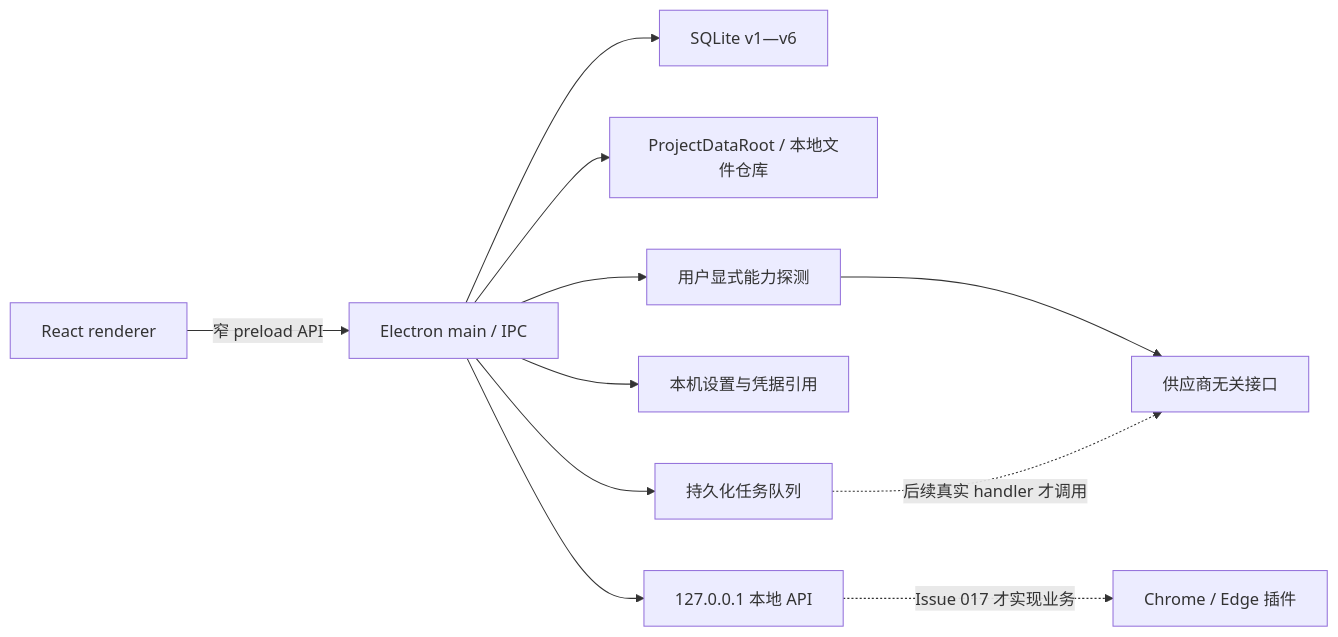
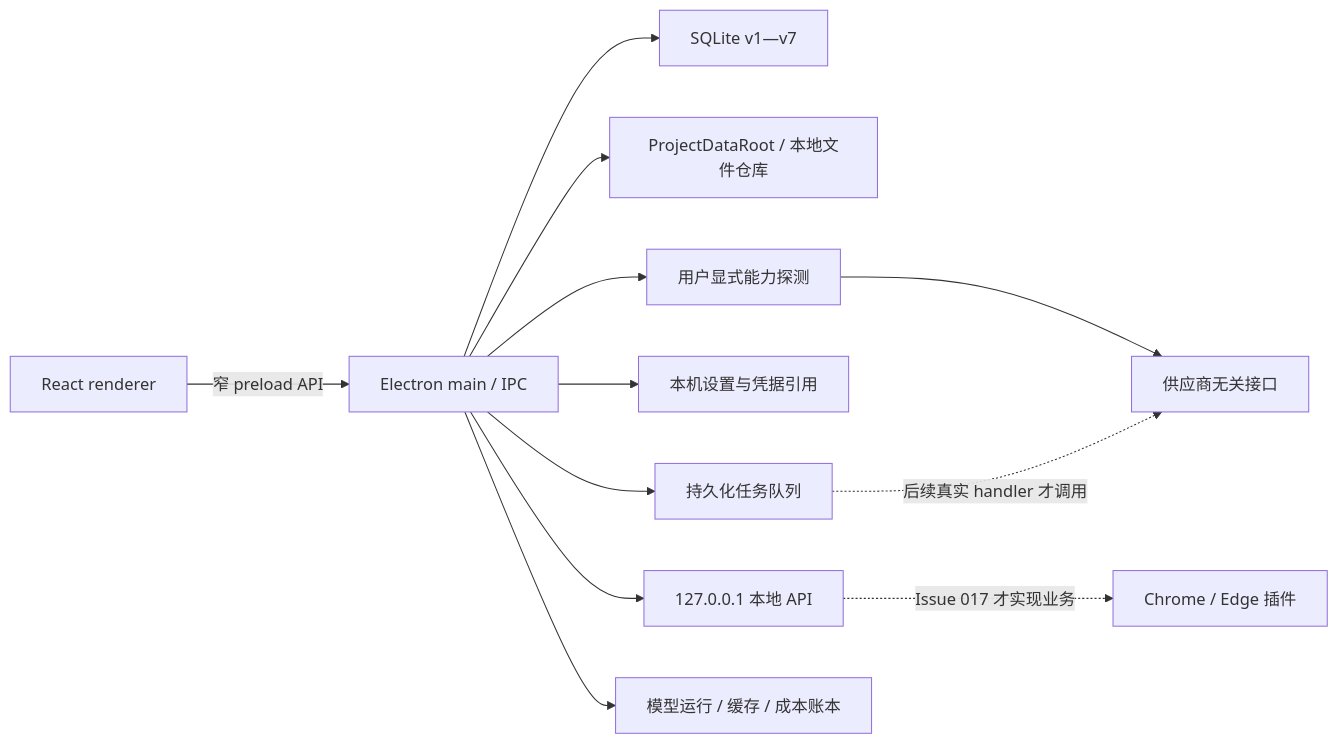
The diagram in README.md (KAtOReNA7/Rednote-Automated-Operation-Tool), drawn with Mermaid before and after one commit. The commit also changed other lines of this file and 67 other files, not shown here.

````diff
--- a/README.md
+++ b/README.md
@@ -130,13 +136,14 @@
 ```mermaid
 flowchart LR
     UI["React renderer"] -->|"窄 preload API"| IPC["Electron main / IPC"]
-    IPC --> DB["SQLite v1—v6"]
+    IPC --> DB["SQLite v1—v7"]
     IPC --> FS["ProjectDataRoot / 本地文件仓库"]
     IPC --> Queue["持久化任务队列"]
     IPC --> Settings["本机设置与凭据引用"]
     IPC --> API["127.0.0.1 本地 API"]
     IPC --> Probe["用户显式能力探测"]
+    IPC --> Accounting["模型运行 / 缓存 / 成本账本"]
     Probe --> Providers["供应商无关接口"]
     API -. "Issue 017 才实现业务" .-> Clipper["Chrome / Edge 插件"]
     Queue -. "后续真实 handler 才调用" .-> Providers
 ```
````
